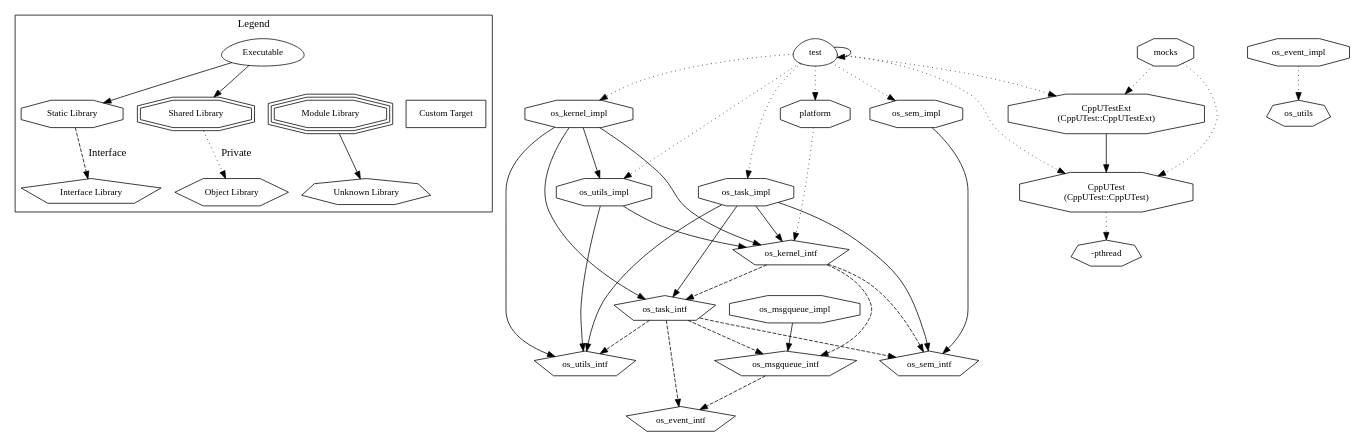
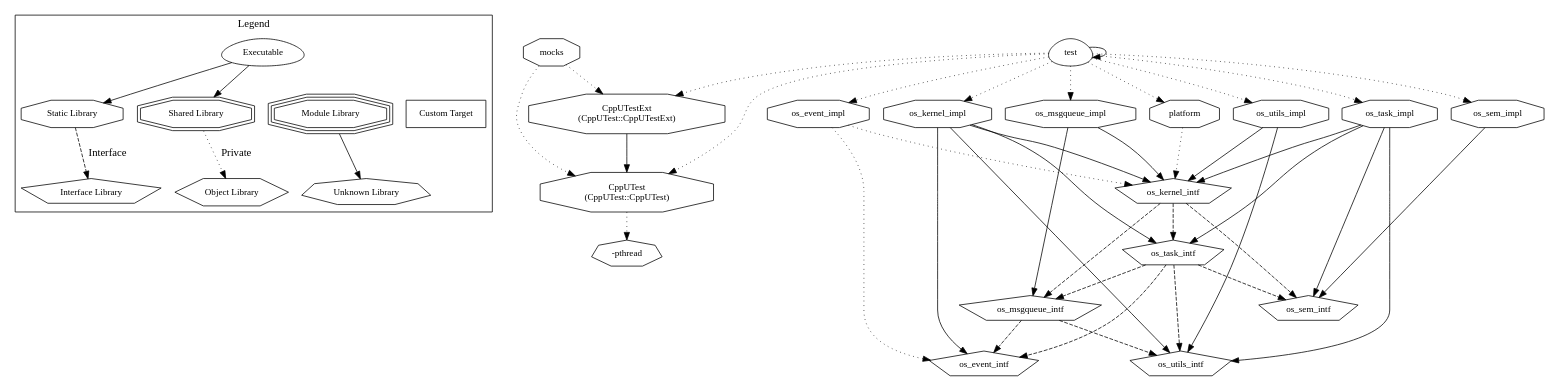
The diagram in temp_notes.md (MitchellThompkins/cocoOS), drawn with Graphviz before and after one commit.

Commit message:
this graph looks better, impls only depend on interfaces, and interfaces only depend on interfaces, and test application only depends on impl

````diff
--- a/temp_notes.md
+++ b/temp_notes.md
@@ -42,49 +42,53 @@
     "node3" -> "node0" [ style = dotted ] // mocks -> CppUTest
     "node3" -> "node2" [ style = dotted ] // mocks -> CppUTestExt
     "node4" [ label = "os_event_impl", shape = octagon ];
-    "node5" [ label = "os_utils", shape = septagon ];
-    "node4" -> "node5" [ style = dotted ] // os_event_impl -> os_utils
-    "node6" [ label = "os_event_intf", shape = pentagon ];
-    "node7" [ label = "os_kernel_impl", shape = octagon ];
-    "node8" [ label = "os_kernel_intf", shape = pentagon ];
-    "node9" [ label = "os_msgqueue_intf", shape = pentagon ];
-    "node9" -> "node6" [ style = dashed ] // os_msgqueue_intf -> os_event_intf
-    "node8" -> "node9" [ style = dashed ] // os_kernel_intf -> os_msgqueue_intf
-    "node10" [ label = "os_sem_intf", shape = pentagon ];
-    "node8" -> "node10" [ style = dashed ] // os_kernel_intf -> os_sem_intf
-    "node11" [ label = "os_task_intf", shape = pentagon ];
-    "node11" -> "node6" [ style = dashed ] // os_task_intf -> os_event_intf
-    "node11" -> "node9" [ style = dashed ] // os_task_intf -> os_msgqueue_intf
-    "node11" -> "node10" [ style = dashed ] // os_task_intf -> os_sem_intf
-    "node12" [ label = "os_utils_intf", shape = pentagon ];
-    "node11" -> "node12" [ style = dashed ] // os_task_intf -> os_utils_intf
-    "node8" -> "node11" [ style = dashed ] // os_kernel_intf -> os_task_intf
-    "node7" -> "node8"  // os_kernel_impl -> os_kernel_intf
-    "node7" -> "node11"  // os_kernel_impl -> os_task_intf
-    "node13" [ label = "os_utils_impl", shape = octagon ];
-    "node13" -> "node8"  // os_utils_impl -> os_kernel_intf
-    "node13" -> "node12"  // os_utils_impl -> os_utils_intf
-    "node7" -> "node13"  // os_kernel_impl -> os_utils_impl
-    "node7" -> "node12"  // os_kernel_impl -> os_utils_intf
-    "node14" [ label = "os_msgqueue_impl", shape = octagon ];
-    "node14" -> "node9"  // os_msgqueue_impl -> os_msgqueue_intf
-    "node15" [ label = "os_sem_impl", shape = octagon ];
-    "node15" -> "node10"  // os_sem_impl -> os_sem_intf
-    "node16" [ label = "os_task_impl", shape = octagon ];
-    "node16" -> "node8"  // os_task_impl -> os_kernel_intf
-    "node16" -> "node10"  // os_task_impl -> os_sem_intf
-    "node16" -> "node11"  // os_task_impl -> os_task_intf
-    "node16" -> "node12"  // os_task_impl -> os_utils_intf
-    "node17" [ label = "platform", shape = octagon ];
-    "node17" -> "node8" [ style = dotted ] // platform -> os_kernel_intf
-    "node18" [ label = "test", shape = egg ];
-    "node18" -> "node0" [ style = dotted ] // test -> CppUTest
-    "node18" -> "node2" [ style = dotted ] // test -> CppUTestExt
-    "node18" -> "node7" [ style = dotted ] // test -> os_kernel_impl
-    "node18" -> "node15" [ style = dotted ] // test -> os_sem_impl
-    "node18" -> "node16" [ style = dotted ] // test -> os_task_impl
-    "node18" -> "node13" [ style = dotted ] // test -> os_utils_impl
-    "node18" -> "node17" [ style = dotted ] // test -> platform
-    "node18" -> "node18"  // test -> test
+    "node5" [ label = "os_event_intf", shape = pentagon ];
+    "node4" -> "node5" [ style = dotted ] // os_event_impl -> os_event_intf
+    "node6" [ label = "os_kernel_intf", shape = pentagon ];
+    "node7" [ label = "os_msgqueue_intf", shape = pentagon ];
+    "node7" -> "node5" [ style = dashed ] // os_msgqueue_intf -> os_event_intf
+    "node8" [ label = "os_utils_intf", shape = pentagon ];
+    "node7" -> "node8" [ style = dashed ] // os_msgqueue_intf -> os_utils_intf
+    "node6" -> "node7" [ style = dashed ] // os_kernel_intf -> os_msgqueue_intf
+    "node9" [ label = "os_sem_intf", shape = pentagon ];
+    "node6" -> "node9" [ style = dashed ] // os_kernel_intf -> os_sem_intf
+    "node10" [ label = "os_task_intf", shape = pentagon ];
+    "node10" -> "node5" [ style = dashed ] // os_task_intf -> os_event_intf
+    "node10" -> "node7" [ style = dashed ] // os_task_intf -> os_msgqueue_intf
+    "node10" -> "node9" [ style = dashed ] // os_task_intf -> os_sem_intf
+    "node10" -> "node8" [ style = dashed ] // os_task_intf -> os_utils_intf
+    "node6" -> "node10" [ style = dashed ] // os_kernel_intf -> os_task_intf
+    "node4" -> "node6" [ style = dotted ] // os_event_impl -> os_kernel_intf
+    "node11" [ label = "os_kernel_impl", shape = octagon ];
+    "node11" -> "node5"  // os_kernel_impl -> os_event_intf
+    "node11" -> "node6"  // os_kernel_impl -> os_kernel_intf
+    "node11" -> "node10"  // os_kernel_impl -> os_task_intf
+    "node11" -> "node8"  // os_kernel_impl -> os_utils_intf
+    "node12" [ label = "os_msgqueue_impl", shape = octagon ];
+    "node12" -> "node6"  // os_msgqueue_impl -> os_kernel_intf
+    "node12" -> "node7"  // os_msgqueue_impl -> os_msgqueue_intf
+    "node13" [ label = "os_sem_impl", shape = octagon ];
+    "node13" -> "node9"  // os_sem_impl -> os_sem_intf
+    "node14" [ label = "os_task_impl", shape = octagon ];
+    "node14" -> "node6"  // os_task_impl -> os_kernel_intf
+    "node14" -> "node9"  // os_task_impl -> os_sem_intf
+    "node14" -> "node10"  // os_task_impl -> os_task_intf
+    "node14" -> "node8"  // os_task_impl -> os_utils_intf
+    "node15" [ label = "os_utils_impl", shape = octagon ];
+    "node15" -> "node6"  // os_utils_impl -> os_kernel_intf
+    "node15" -> "node8"  // os_utils_impl -> os_utils_intf
+    "node16" [ label = "platform", shape = octagon ];
+    "node16" -> "node6" [ style = dotted ] // platform -> os_kernel_intf
+    "node17" [ label = "test", shape = egg ];
+    "node17" -> "node0" [ style = dotted ] // test -> CppUTest
+    "node17" -> "node2" [ style = dotted ] // test -> CppUTestExt
+    "node17" -> "node4" [ style = dotted ] // test -> os_event_impl
+    "node17" -> "node11" [ style = dotted ] // test -> os_kernel_impl
+    "node17" -> "node12" [ style = dotted ] // test -> os_msgqueue_impl
+    "node17" -> "node13" [ style = dotted ] // test -> os_sem_impl
+    "node17" -> "node14" [ style = dotted ] // test -> os_task_impl
+    "node17" -> "node15" [ style = dotted ] // test -> os_utils_impl
+    "node17" -> "node16" [ style = dotted ] // test -> platform
+    "node17" -> "node17"  // test -> test
 }
 ```
````
